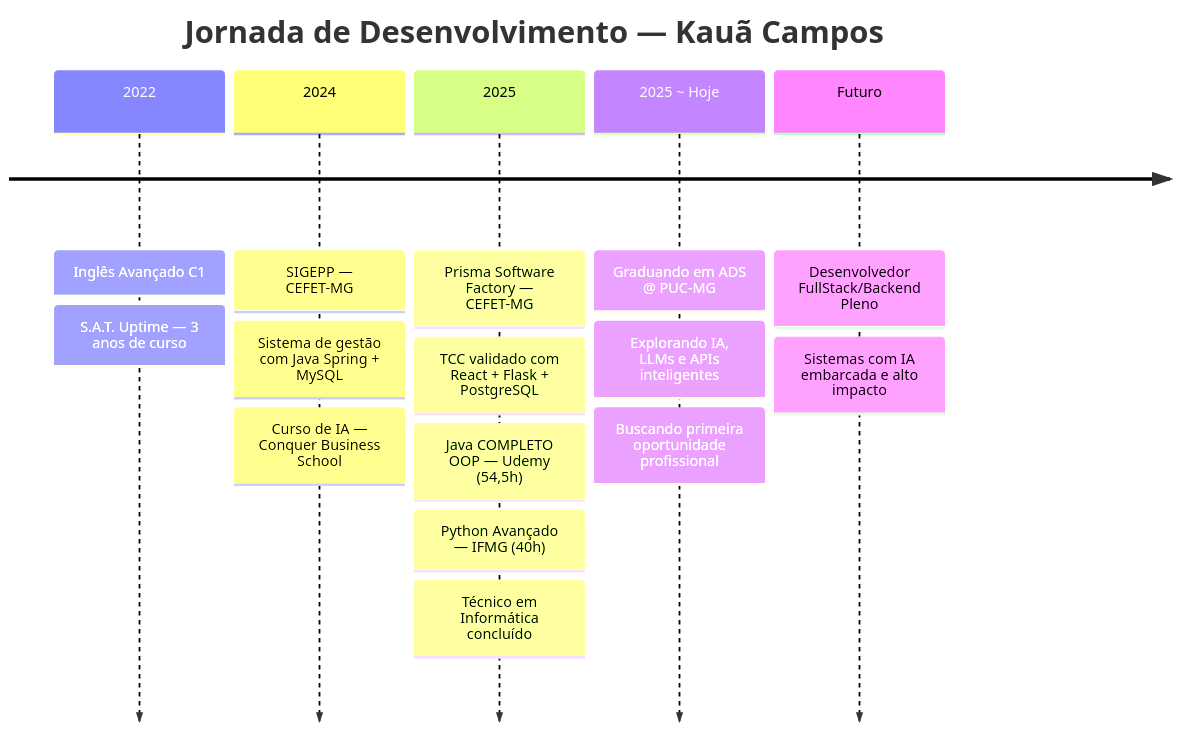
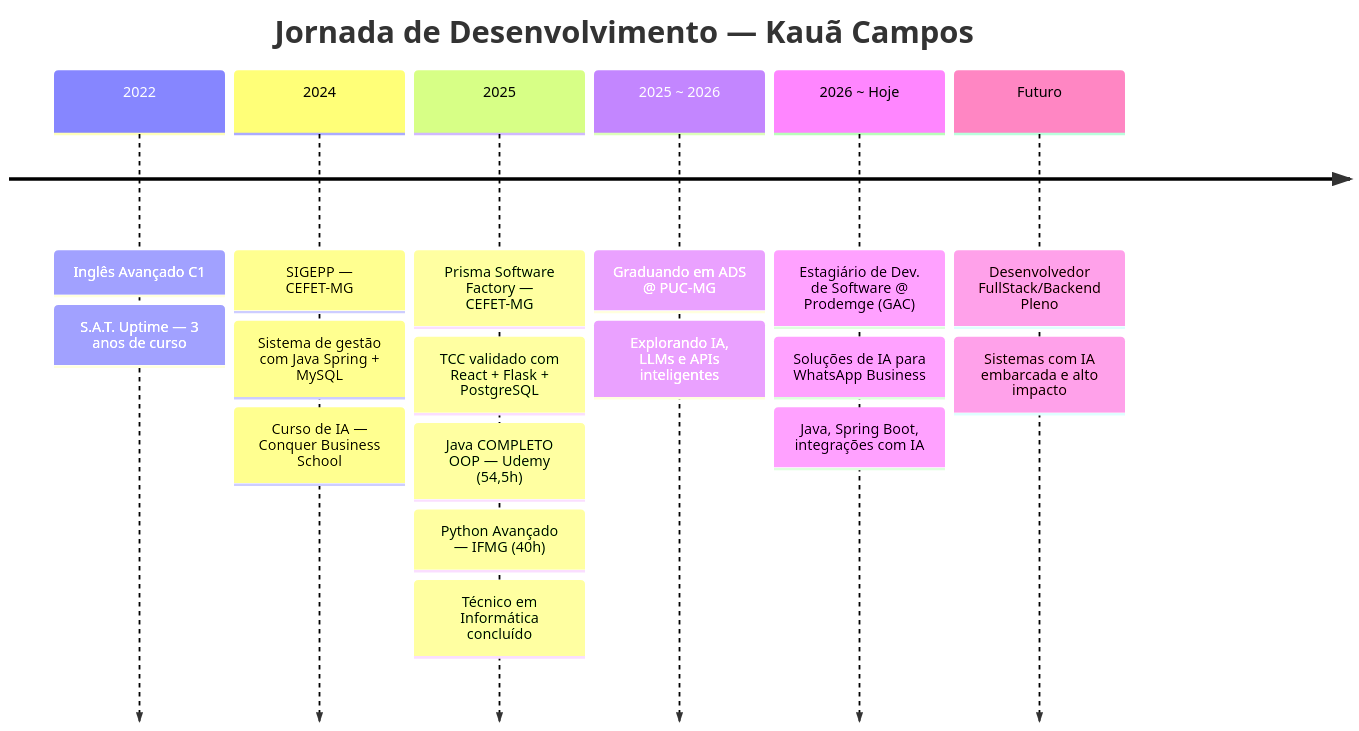
Before and after one commit to KauaCampos/KauaCampos: the diagram in README.md, drawn with Mermaid. The commit also changed other lines of this file, not shown here.

````diff
--- a/README.md
+++ b/README.md
@@ -136,19 +149,21 @@
 ```mermaid
 timeline
     title Jornada de Desenvolvimento — Kauã Campos
     2022         : Inglês Avançado C1
                  : S.A.T. Uptime — 3 anos de curso
     2024         : SIGEPP — CEFET-MG
                  : Sistema de gestão com Java Spring + MySQL
                  : Curso de IA — Conquer Business School
     2025         : Prisma Software Factory — CEFET-MG
                  : TCC validado com React + Flask + PostgreSQL
                  : Java COMPLETO OOP — Udemy (54,5h)
                  : Python Avançado — IFMG (40h)
                  : Técnico em Informática concluído
-    2025 ~ Hoje  : Graduando em ADS @ PUC-MG
+    2025 ~ 2026  : Graduando em ADS @ PUC-MG
                  : Explorando IA, LLMs e APIs inteligentes
-                 : Buscando primeira oportunidade profissional
+    2026 ~ Hoje  : Estagiário de Dev. de Software @ Prodemge (GAC)
+                 : Soluções de IA para WhatsApp Business
+                 : Java, Spring Boot, integrações com IA
     Futuro       : Desenvolvedor FullStack/Backend Pleno
                  : Sistemas com IA embarcada e alto impacto
 ```
````
